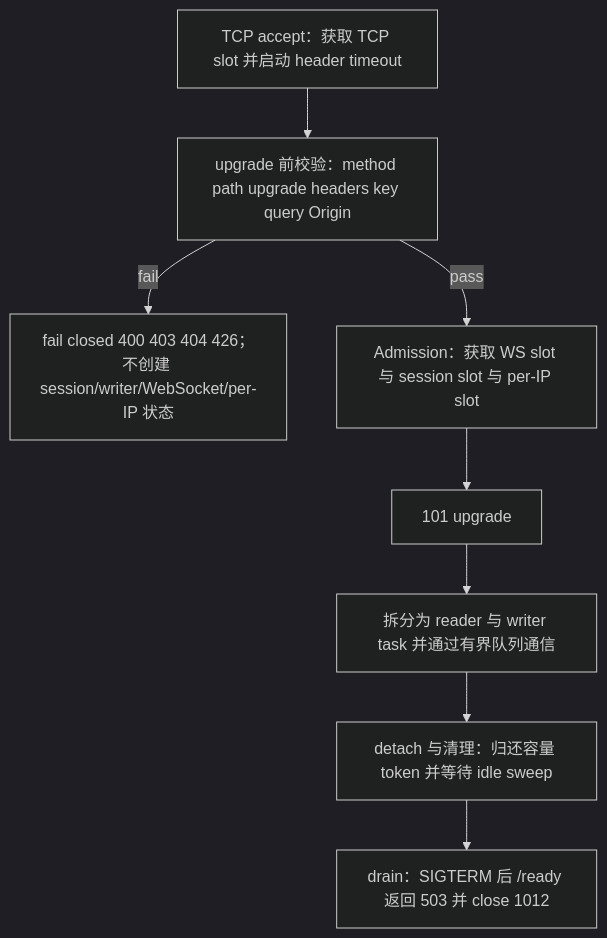
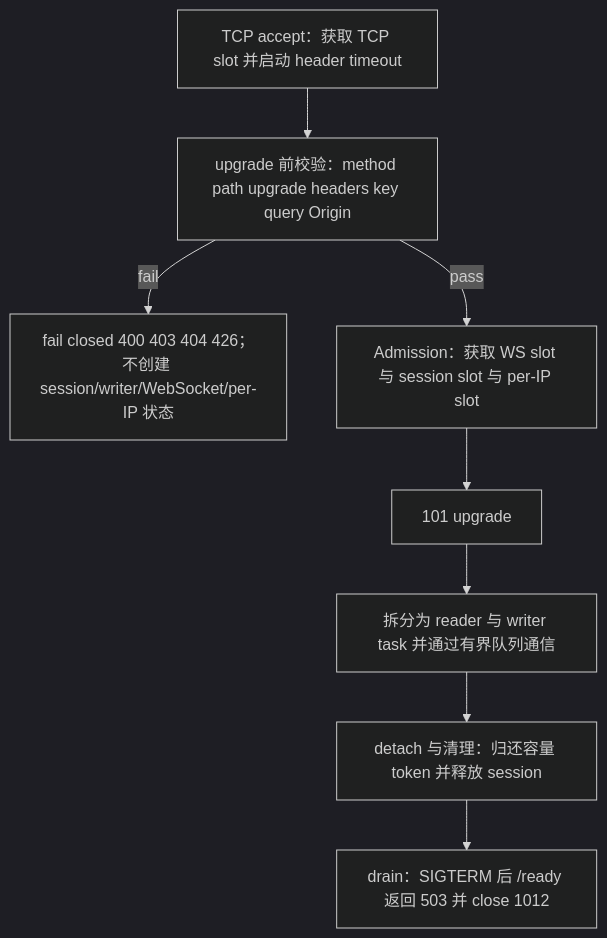
Before and after one commit to kfxhjz/paseo-relay: the diagram in DESIGN.zh-CN.md, drawn with Mermaid (dark theme). The commit also changed other lines of this file and 27 other files, not shown here.

````diff
--- a/DESIGN.zh-CN.md
+++ b/DESIGN.zh-CN.md
@@ -72,10 +76,10 @@
 ```mermaid
 flowchart TD
   A["TCP accept：获取 TCP slot 并启动 header timeout"] --> B["upgrade 前校验：method path upgrade headers key query Origin"]
   B -->|fail| C["fail closed 400 403 404 426；不创建 session/writer/WebSocket/per-IP 状态"]
   B -->|pass| D["Admission：获取 WS slot 与 session slot 与 per-IP slot"]
   D --> E["101 upgrade"]
   E --> F["拆分为 reader 与 writer task 并通过有界队列通信"]
-  F --> G["detach 与清理：归还容量 token 并等待 idle sweep"]
+  F --> G["detach 与清理：归还容量 token 并释放 session"]
   G --> H["drain：SIGTERM 后 /ready 返回 503 并 close 1012"]
 ```
````
